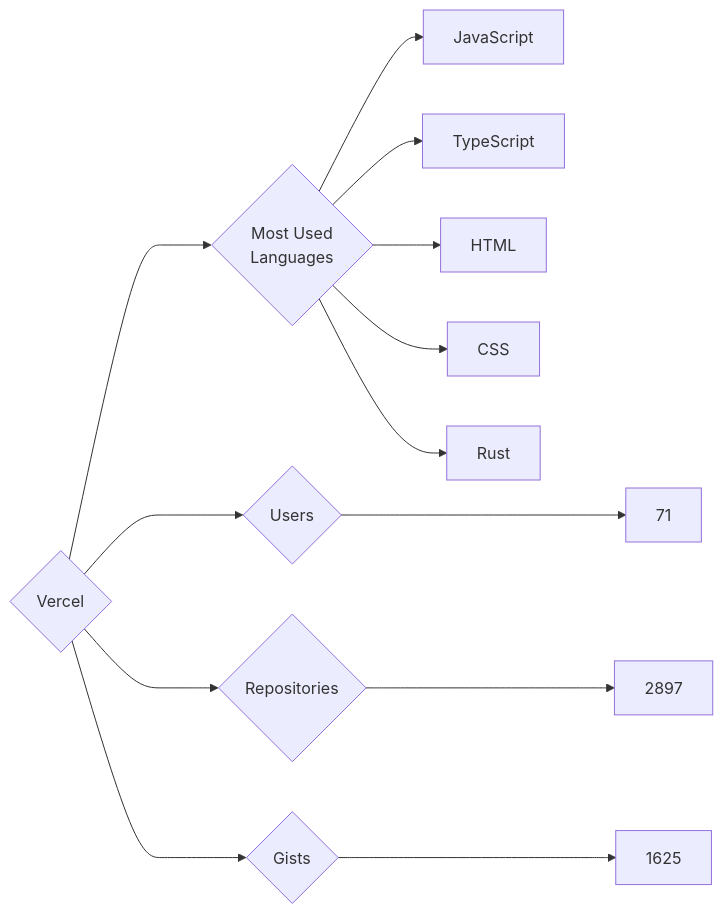
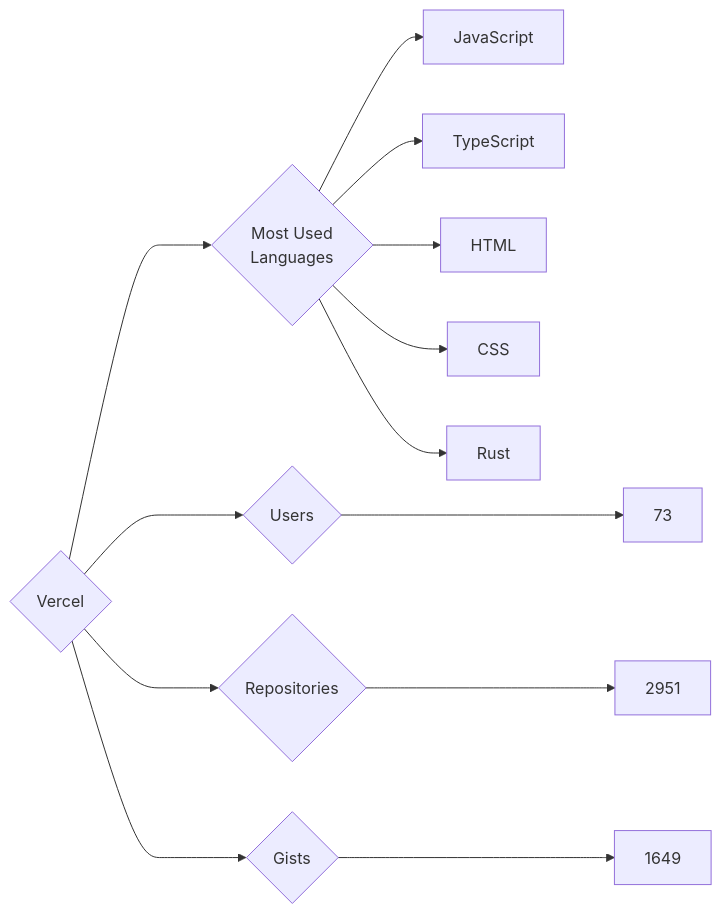
One commit to trickest/insiders changed the diagram in targets/Vercel/README.md. Above: the diagram before and after it, drawn with Mermaid. The commit also changed 797 other files, not shown here.

````diff
--- a/targets/Vercel/README.md
+++ b/targets/Vercel/README.md
@@ -3,13 +3,13 @@
 ```mermaid
 graph LR
 COMPANY_NAME{Vercel}
-COMPANY_NAME ---> U{Users} ---> UN[71]
-COMPANY_NAME ---> R{Repositories} ---> RN[2897]
-COMPANY_NAME ---> G{Gists} ---> GN[1625]
+COMPANY_NAME ---> U{Users} ---> UN[73]
+COMPANY_NAME ---> R{Repositories} ---> RN[2951]
+COMPANY_NAME ---> G{Gists} ---> GN[1649]
 COMPANY_NAME ---> ML{Most Used<br>Languages}
 ML --> JavaScript[JavaScript]
 ML --> TypeScript[TypeScript]
 ML --> HTML[HTML]
 ML --> CSS[CSS]
 ML --> Rust[Rust]
 ```
````
